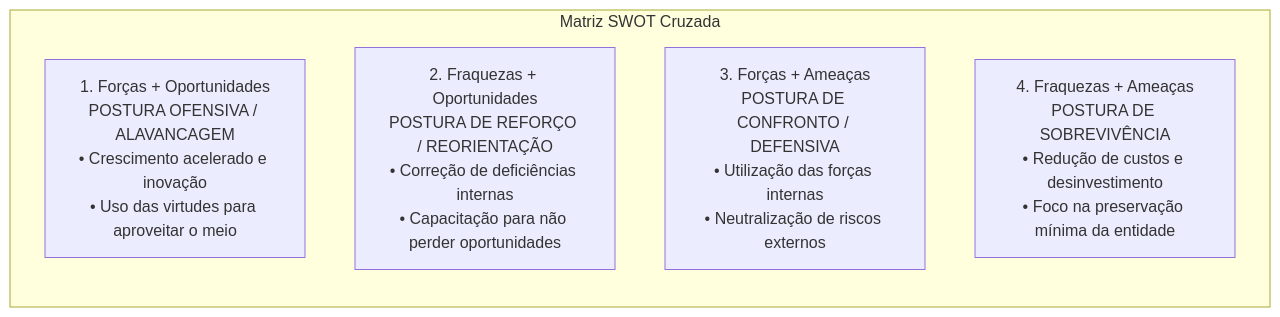
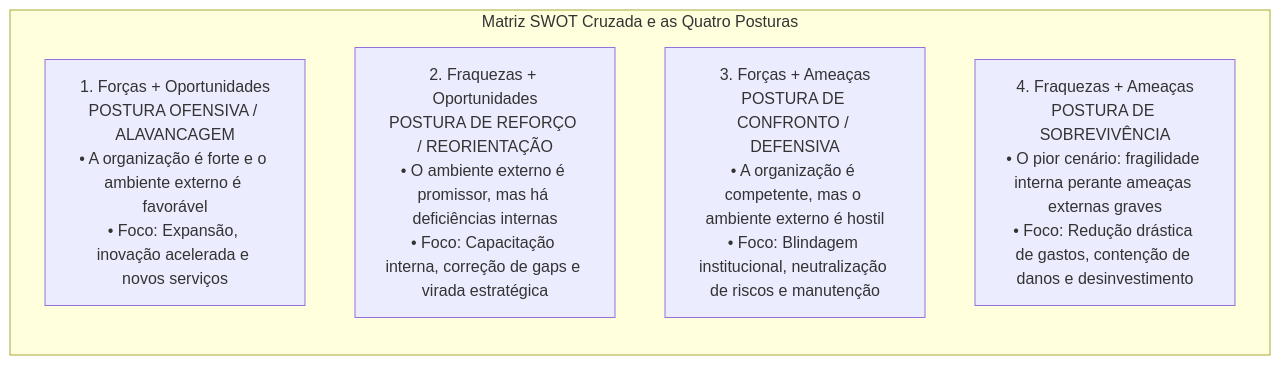
The first of 4 diagrams in fontes_de_estudo/conhecimentos_especificos_a01_tecnico_administrativo/23_administracao_estrategica/02_ferramentas_de_diagnostico_estrategico_swot_porter_rbv_canvas.md (thiagosantos346/TCE-GO-2027), drawn with Mermaid before and after one commit. The commit also changed other lines of this file and 119 other files, not shown here.

````diff
--- a/fontes_de_estudo/conhecimentos_especificos_a01_tecnico_administrativo/23_administracao_estrategica/02_ferramentas_de_diagnostico_estrategico_swot_porter_rbv_canvas.md
+++ b/fontes_de_estudo/conhecimentos_especificos_a01_tecnico_administrativo/23_administracao_estrategica/02_ferramentas_de_diagnostico_estrategico_swot_porter_rbv_canvas.md
@@ -77,13 +46,13 @@
 ```mermaid
 flowchart TD
-    subgraph Matriz_SWOT_Cruzada ["Matriz SWOT Cruzada"]
+    subgraph Matriz_SWOT_Cruzada ["Matriz SWOT Cruzada e as Quatro Posturas"]
         direction TB
-        SO["1. Forças + Oportunidades<br/>POSTURA OFENSIVA / ALAVANCAGEM<br/>• Crescimento acelerado e inovação<br/>• Uso das virtudes para aproveitar o meio"]
+        SO["1. Forças + Oportunidades<br/>POSTURA OFENSIVA / ALAVANCAGEM<br/>• A organização é forte e o ambiente externo é favorável<br/>• Foco: Expansão, inovação acelerada e novos serviços"]
         
-        WO["2. Fraquezas + Oportunidades<br/>POSTURA DE REFORÇO / REORIENTAÇÃO<br/>• Correção de deficiências internas<br/>• Capacitação para não perder oportunidades"]
+        WO["2. Fraquezas + Oportunidades<br/>POSTURA DE REFORÇO / REORIENTAÇÃO<br/>• O ambiente externo é promissor, mas há deficiências internas<br/>• Foco: Capacitação interna, correção de gaps e virada estratégica"]
         
-        ST["3. Forças + Ameaças<br/>POSTURA DE CONFRONTO / DEFENSIVA<br/>• Utilização das forças internas<br/>• Neutralização de riscos externos"]
+        ST["3. Forças + Ameaças<br/>POSTURA DE CONFRONTO / DEFENSIVA<br/>• A organização é competente, mas o ambiente externo é hostil<br/>• Foco: Blindagem institucional, neutralização de riscos e manutenção"]
         
-        WT["4. Fraquezas + Ameaças<br/>POSTURA DE SOBREVIVÊNCIA<br/>• Redução de custos e desinvestimento<br/>• Foco na preservação mínima da entidade"]
+        WT["4. Fraquezas + Ameaças<br/>POSTURA DE SOBREVIVÊNCIA<br/>• O pior cenário: fragilidade interna perante ameaças externas graves<br/>• Foco: Redução drástica de gastos, contenção de danos e desinvestimento"]
     end
 ```
````
